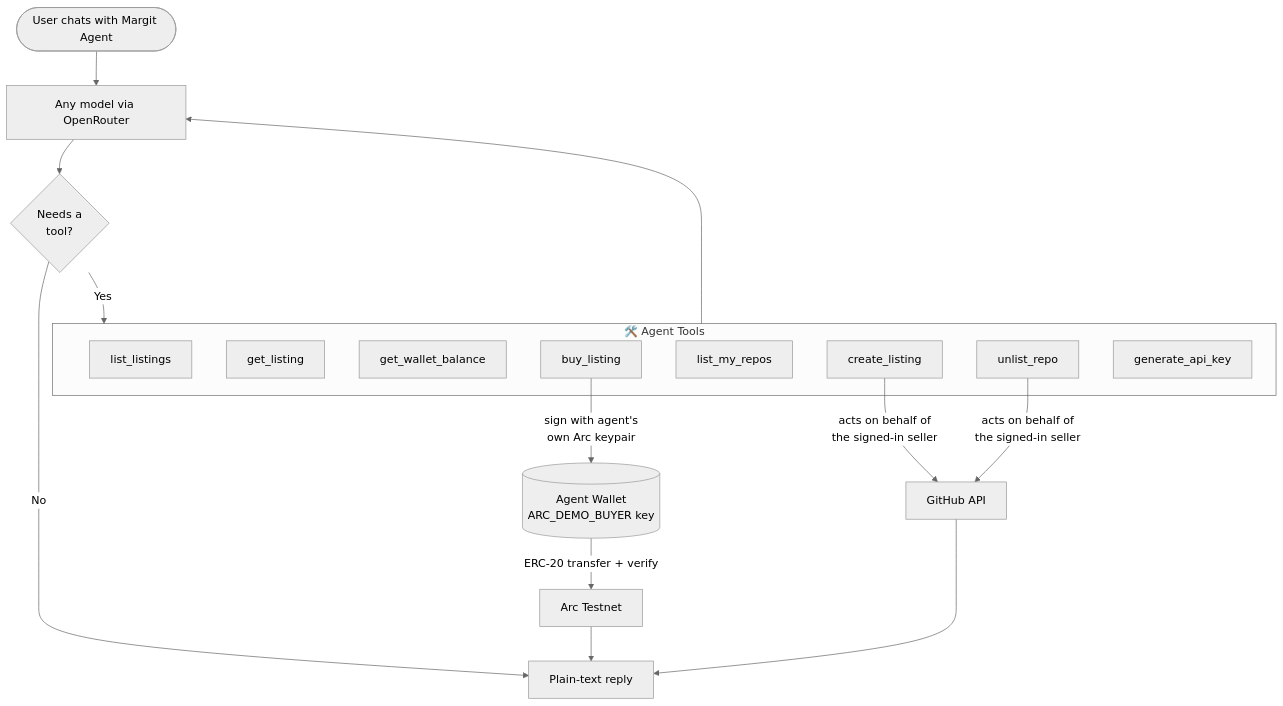
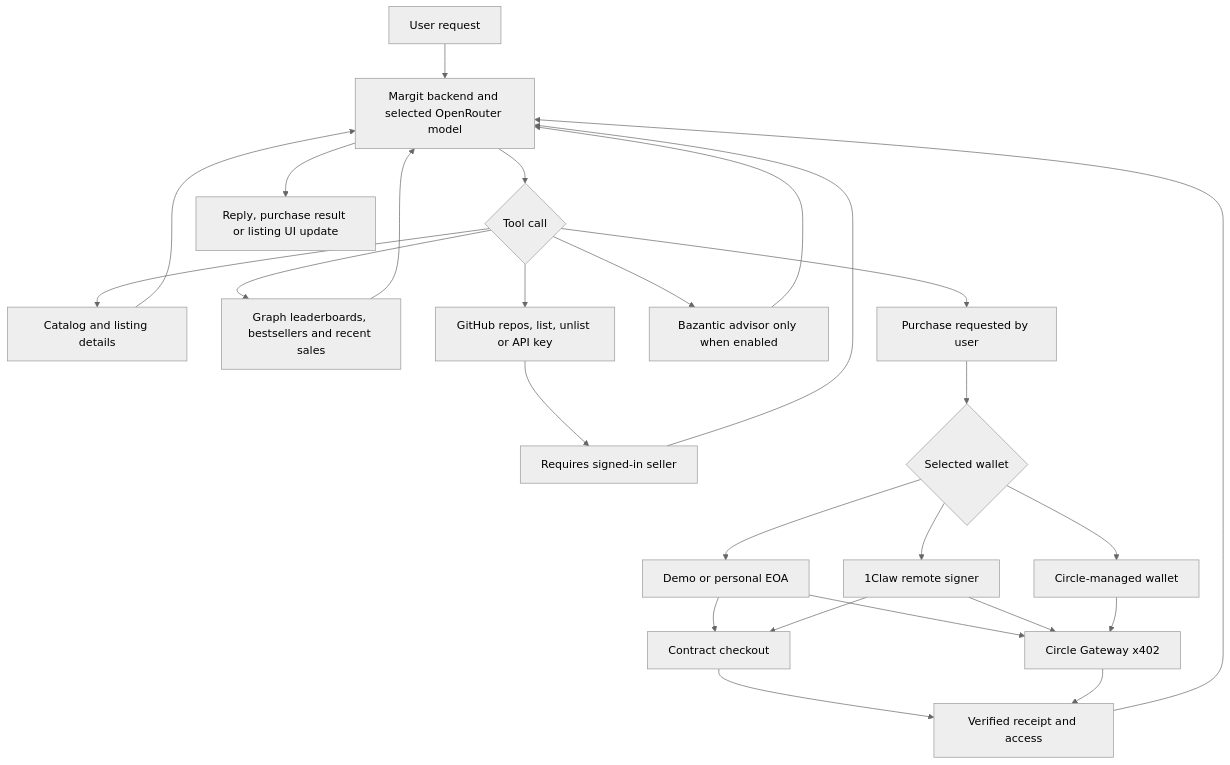
Before and after one commit to vm06007/margit: the fifth of 7 diagrams in README.md, drawn with Mermaid (neutral theme). The commit also changed other lines of this file and 13 other files, not shown here.

Commit message:
Enable 1Claw purchasing wallet and refresh documentation

````diff
--- a/README.md
+++ b/README.md
@@ -156,25 +157,24 @@
 ```mermaid
 flowchart TD
-    User([User chats with Margit Agent]) --> LLM[Any model via OpenRouter]
-    LLM --> Decide{Needs a<br/>tool?}
-    Decide -->|No| Reply[Plain-text reply]
-    Decide -->|Yes| Tools
-
-    subgraph Tools["🛠️ Agent Tools"]
-        T1[list_listings]
-        T2[get_listing]
-        T3[get_wallet_balance]
-        T4[buy_listing]
-        T5[list_my_repos]
-        T6[create_listing]
-        T7[unlist_repo]
-        T8[generate_api_key]
-    end
-
-    T4 -->|sign with agent's<br/>own Arc keypair| AgentWallet[(Agent Wallet<br/>ARC_DEMO_BUYER key)]
-    AgentWallet -->|ERC-20 transfer + verify| Arc[Arc Testnet]
-    T6 & T7 -->|acts on behalf of<br/>the signed-in seller| GitHubAPI[GitHub API]
-    Arc --> Reply
-    GitHubAPI --> Reply
-    Tools --> LLM
+    User[User request] --> Chat[Margit backend and selected OpenRouter model]
+    Chat --> Tools{Tool call}
+    Tools --> Read[Catalog and listing details]
+    Tools --> Activity[Graph leaderboards, bestsellers and recent sales]
+    Tools --> Seller[GitHub repos, list, unlist or API key]
+    Seller --> Auth[Requires signed-in seller]
+    Tools --> Advisor[Bazantic advisor only when enabled]
+    Tools --> Buy[Purchase requested by user]
+    Buy --> Selected{Selected wallet}
+    Selected --> EOA[Demo or personal EOA]
+    Selected --> Claw[1Claw remote signer]
+    Selected --> Circle[Circle-managed wallet]
+    EOA --> Contract[Contract checkout]
+    Claw --> Contract
+    EOA --> X402[Circle Gateway x402]
+    Claw --> X402
+    Circle --> X402
+    Contract --> Proof[Verified receipt and access]
+    X402 --> Proof
+    Read & Activity & Auth & Advisor & Proof --> Chat
+    Chat --> UI[Reply, purchase result or listing UI update]
 ```
````
